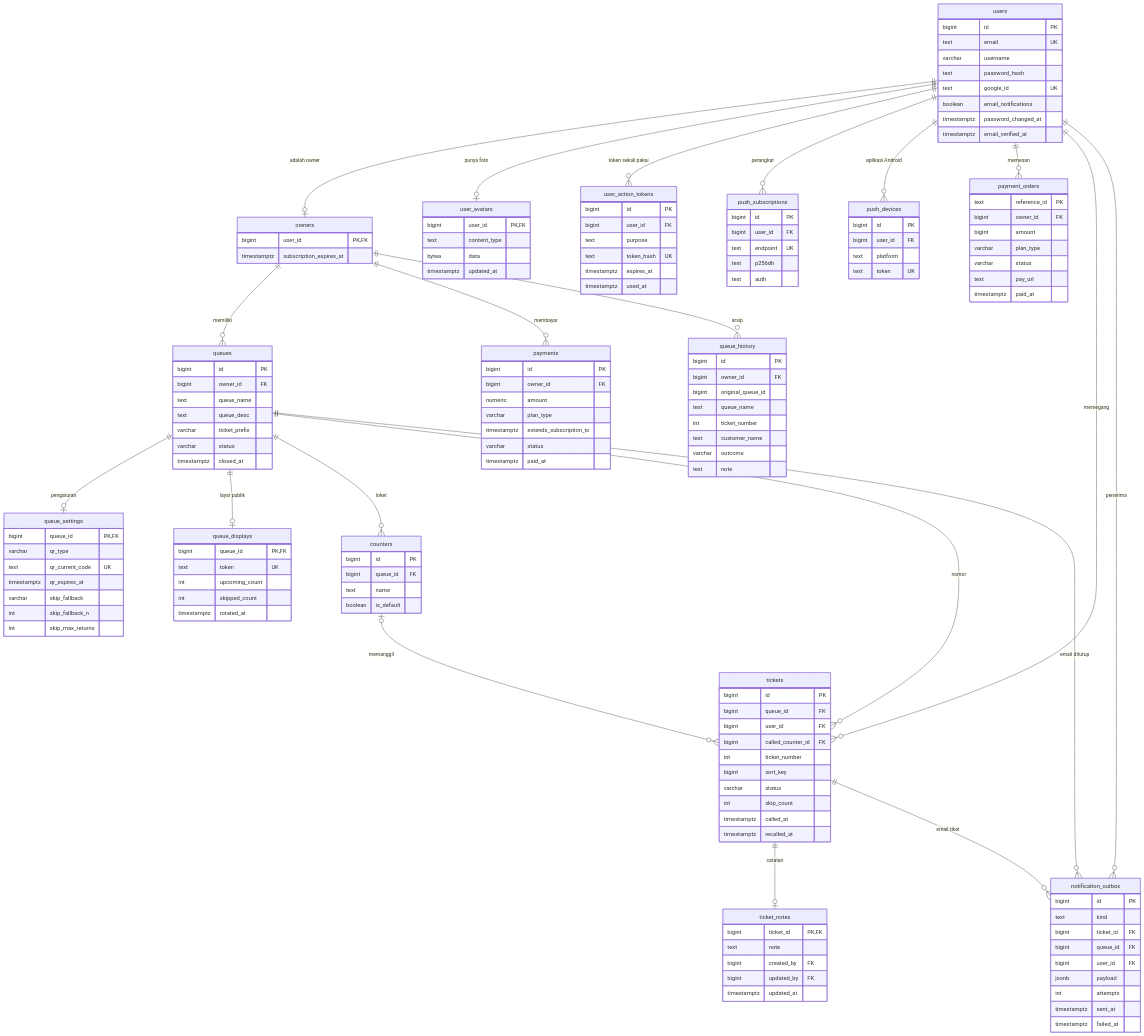
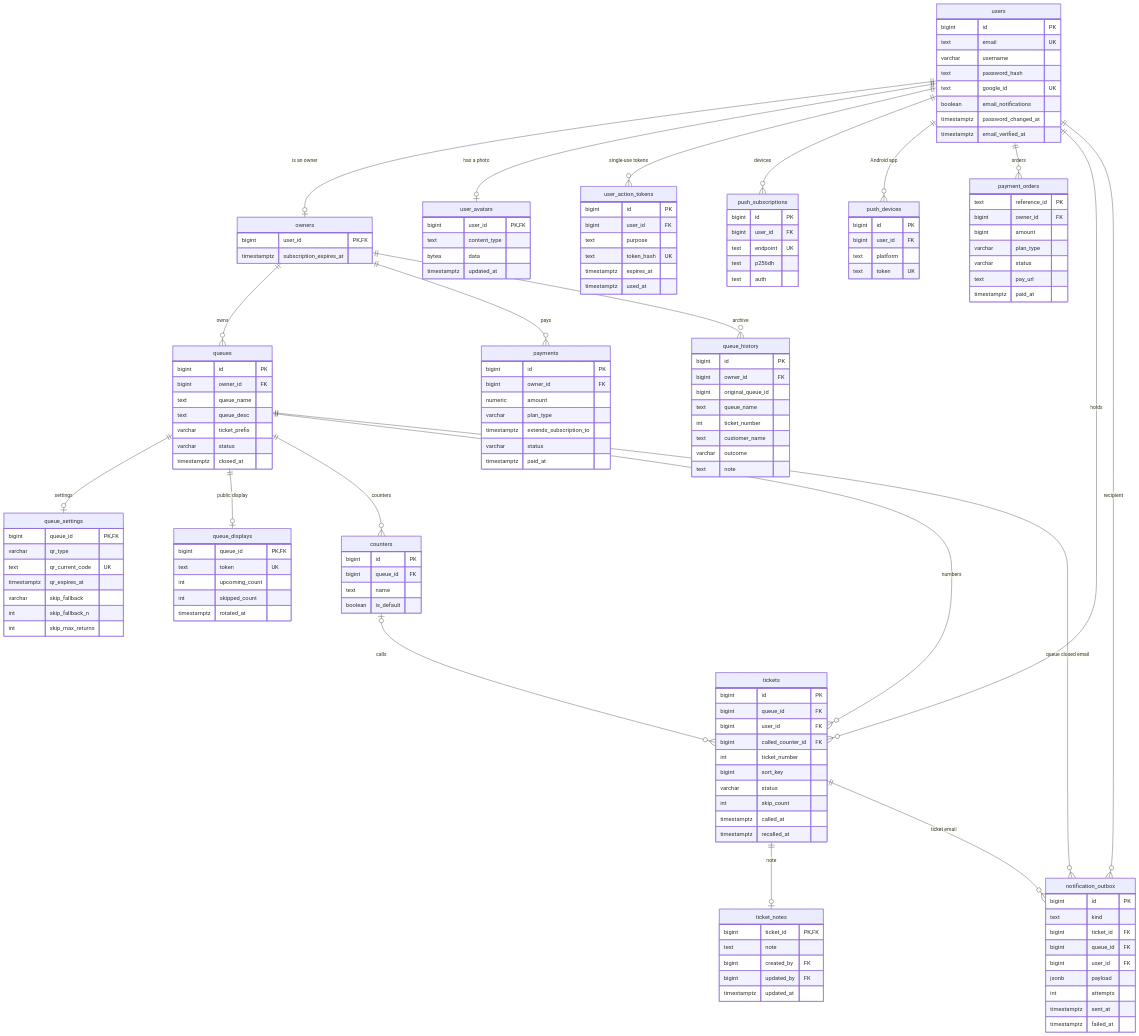
Before and after one commit to monte-christo-gilberd/Queue-Management-System: the diagram in docs/ERD.md, drawn with Mermaid. The commit also changed other lines of this file and 4 other files, not shown here.

````diff
--- a/docs/ERD.md
+++ b/docs/ERD.md
@@ -13,27 +13,27 @@
 ```mermaid
 erDiagram
-    users ||--o| owners : "adalah owner"
-    users ||--o| user_avatars : "punya foto"
-    users ||--o{ user_action_tokens : "token sekali pakai"
-    users ||--o{ push_subscriptions : "perangkat"
-    users ||--o{ push_devices : "aplikasi Android"
-    users ||--o{ payment_orders : "memesan"
-    users ||--o{ tickets : "memegang"
-    users ||--o{ notification_outbox : "penerima"
+    users ||--o| owners : "is an owner"
+    users ||--o| user_avatars : "has a photo"
+    users ||--o{ user_action_tokens : "single-use tokens"
+    users ||--o{ push_subscriptions : "devices"
+    users ||--o{ push_devices : "Android app"
+    users ||--o{ payment_orders : "orders"
+    users ||--o{ tickets : "holds"
+    users ||--o{ notification_outbox : "recipient"
 
-    owners ||--o{ queues : "memiliki"
-    owners ||--o{ payments : "membayar"
-    owners ||--o{ queue_history : "arsip"
+    owners ||--o{ queues : "owns"
+    owners ||--o{ payments : "pays"
+    owners ||--o{ queue_history : "archive"
 
-    queues ||--o| queue_settings : "pengaturan"
-    queues ||--o| queue_displays : "layar publik"
-    queues ||--o{ counters : "loket"
-    queues ||--o{ tickets : "nomor"
-    queues ||--o{ notification_outbox : "email ditutup"
+    queues ||--o| queue_settings : "settings"
+    queues ||--o| queue_displays : "public display"
+    queues ||--o{ counters : "counters"
+    queues ||--o{ tickets : "numbers"
+    queues ||--o{ notification_outbox : "queue closed email"
 
-    counters |o--o{ tickets : "memanggil"
-    tickets ||--o| ticket_notes : "catatan"
-    tickets ||--o{ notification_outbox : "email tiket"
+    counters |o--o{ tickets : "calls"
+    tickets ||--o| ticket_notes : "note"
+    tickets ||--o{ notification_outbox : "ticket email"
 
     users {
         bigint id PK
````
